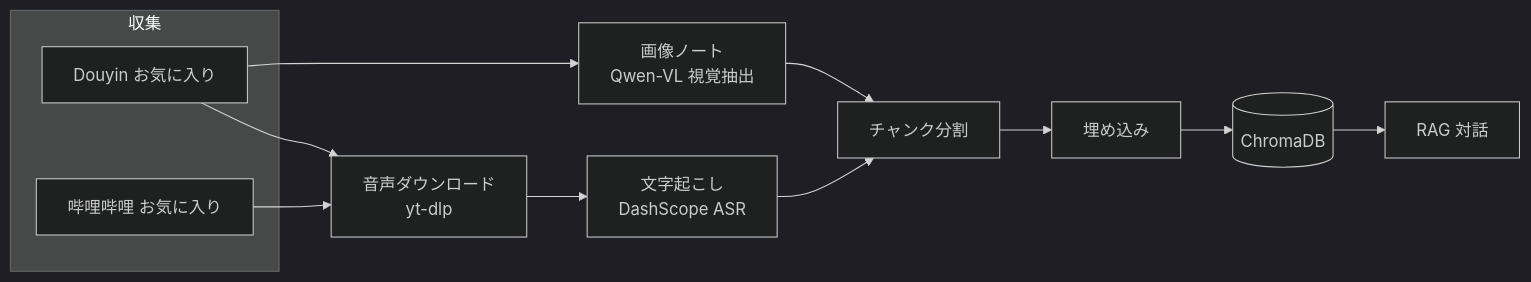
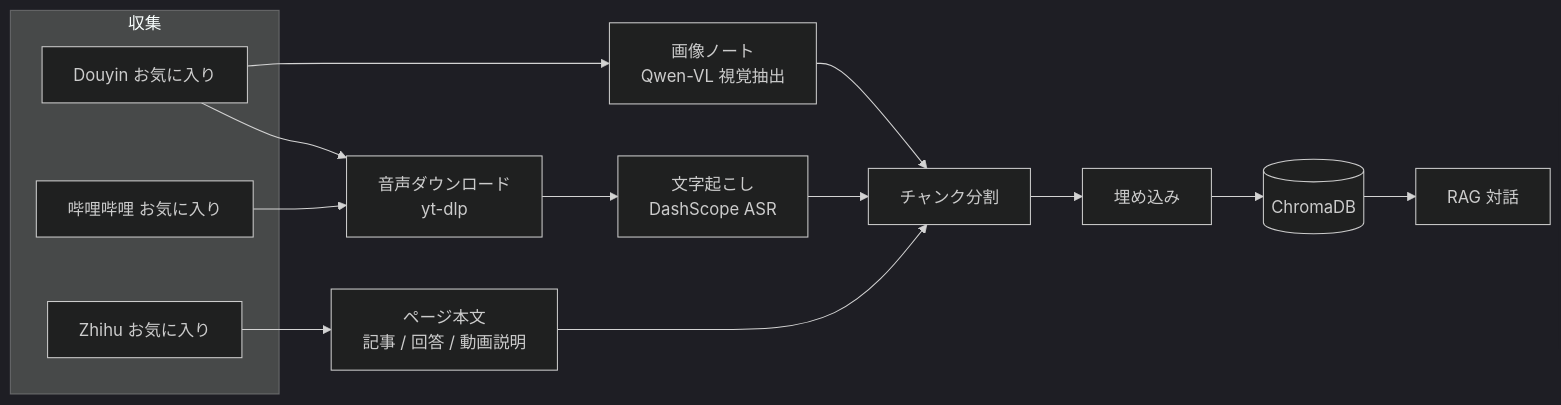
The diagram in docs/README.ja.md (EypeZeo/Akasha-RAG), drawn with Mermaid (dark theme) before and after one commit. The commit also changed other lines of this file and 8 other files, not shown here.

````diff
--- a/docs/README.ja.md
+++ b/docs/README.ja.md
@@ -21,16 +29,19 @@
 ```mermaid
 flowchart LR
     subgraph col["収集"]
         DY[Douyin お気に入り]
         BILI[哔哩哔哩 お気に入り]
+        ZH[Zhihu お気に入り]
     end
     DY --> DL[音声ダウンロード<br/>yt-dlp]
     BILI --> DL
     DY --> IMG[画像ノート<br/>Qwen-VL 視覚抽出]
+    ZH --> TEXT[ページ本文<br/>記事 / 回答 / 動画説明]
     DL --> ASR[文字起こし<br/>DashScope ASR]
     ASR --> CHUNK[チャンク分割]
     IMG --> CHUNK
+    TEXT --> CHUNK
     CHUNK --> EMBED[埋め込み]
     EMBED --> VDB[(ChromaDB)]
     VDB --> CHAT[RAG 対話]
 ```
````
